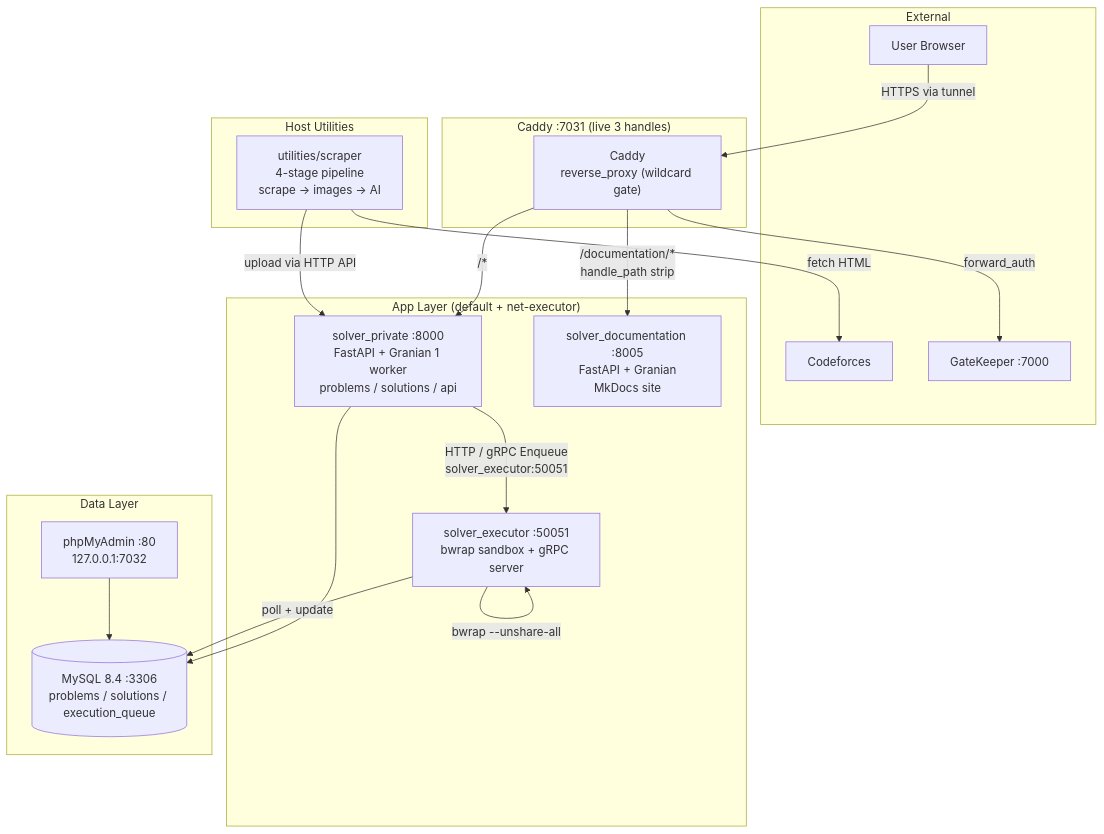
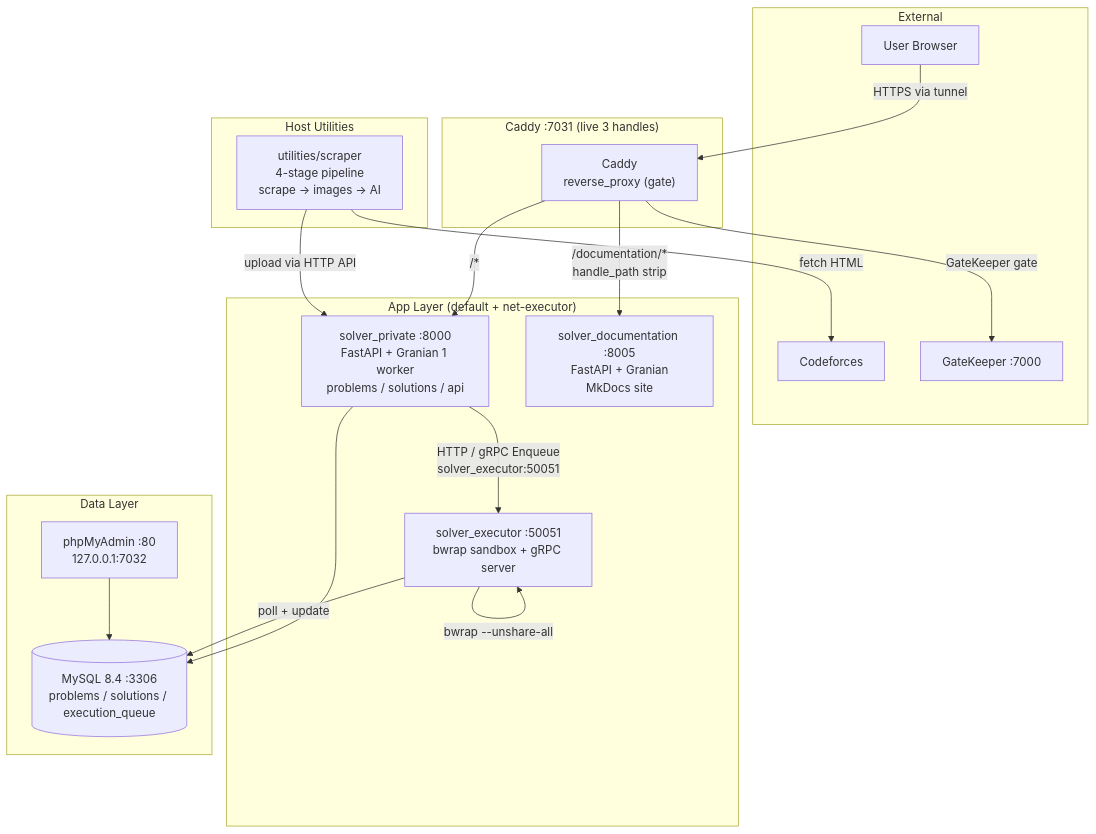
One commit to NovaProtocol/PracticeForge changed the diagram in documentation/docs/index.md. Above: the diagram before and after it, drawn with Mermaid. The commit also changed other lines of this file and 14 other files, not shown here.

````diff
--- a/documentation/docs/index.md
+++ b/documentation/docs/index.md
@@ -26,41 +26,41 @@
 ```mermaid
 graph TB
-    subgraph "External"
-        U["User Browser"]
-        CF["Codeforces"]
-        GK["GateKeeper :7000"]
-    end
+ subgraph "External"
+ U["User Browser"]
+ CF["Codeforces"]
+ GK["GateKeeper :7000"]
+ end
 
-    subgraph "Caddy :7031 (live 3 handles)"
-        CADDY["Caddy<br/>reverse_proxy (wildcard gate)"]
-    end
+ subgraph "Caddy :7031 (live 3 handles)"
+ CADDY["Caddy<br/>reverse_proxy (gate)"]
+ end
 
-    subgraph "App Layer (default + net-executor)"
-        SOLVER["solver_private :8000<br/>FastAPI + Granian 1 worker<br/>problems / solutions / api"]
-        EXEC["solver_executor :50051<br/>bwrap sandbox + gRPC server"]
-        DOCS["solver_documentation :8005<br/>FastAPI + Granian<br/>MkDocs site"]
-    end
+ subgraph "App Layer (default + net-executor)"
+ SOLVER["solver_private :8000<br/>FastAPI + Granian 1 worker<br/>problems / solutions / api"]
+ EXEC["solver_executor :50051<br/>bwrap sandbox + gRPC server"]
+ DOCS["solver_documentation :8005<br/>FastAPI + Granian<br/>MkDocs site"]
+ end
 
-    subgraph "Data Layer"
-        DB[("MySQL 8.4 :3306<br/>problems / solutions / execution_queue")]
-        PMA["phpMyAdmin :80<br/>127.0.0.1:7032"]
-    end
+ subgraph "Data Layer"
+ DB[("MySQL 8.4 :3306<br/>problems / solutions / execution_queue")]
+ PMA["phpMyAdmin :80<br/>127.0.0.1:7032"]
+ end
 
-    subgraph "Host Utilities"
-        SCRAPER["utilities/scraper<br/>4-stage pipeline<br/>scrape → images → AI"]
-    end
+ subgraph "Host Utilities"
+ SCRAPER["utilities/scraper<br/>4-stage pipeline<br/>scrape → images → AI"]
+ end
 
-    U -->|"HTTPS via tunnel"| CADDY
-    CADDY -->|"forward_auth"| GK
-    CADDY -->|"/*"| SOLVER
-    CADDY -->|"/documentation/*<br/>handle_path strip"| DOCS
+ U -->|"HTTPS via tunnel"| CADDY
+ CADDY -->|"GateKeeper gate"| GK
+ CADDY -->|"/*"| SOLVER
+ CADDY -->|"/documentation/*<br/>handle_path strip"| DOCS
 
-    SOLVER -->|"HTTP / gRPC Enqueue<br/>solver_executor:50051"| EXEC
-    SOLVER --> DB
-    EXEC -->|"poll + update"| DB
-    EXEC -->|"bwrap --unshare-all"| EXEC
-    PMA --> DB
+ SOLVER -->|"HTTP / gRPC Enqueue<br/>solver_executor:50051"| EXEC
+ SOLVER --> DB
+ EXEC -->|"poll + update"| DB
+ EXEC -->|"bwrap --unshare-all"| EXEC
+ PMA --> DB
 
-    SCRAPER -->|"upload via HTTP API"| SOLVER
-    SCRAPER -->|"fetch HTML"| CF
+ SCRAPER -->|"upload via HTTP API"| SOLVER
+ SCRAPER -->|"fetch HTML"| CF
 ```
````
